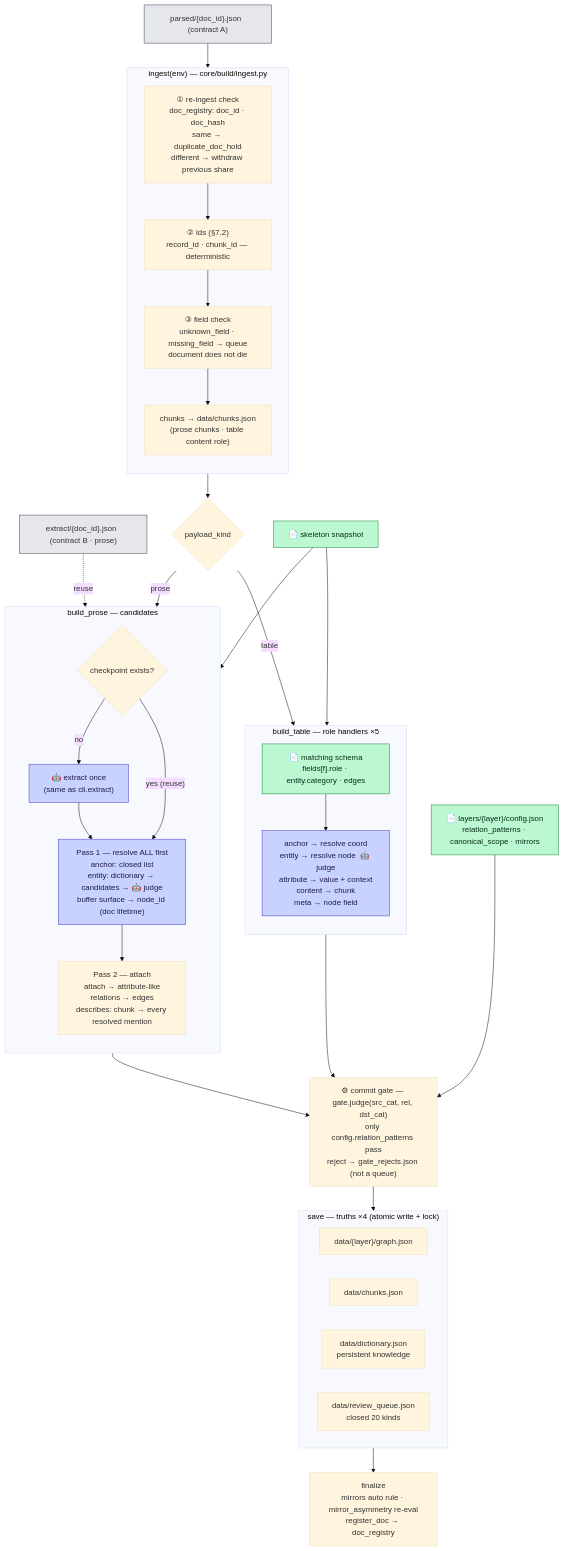
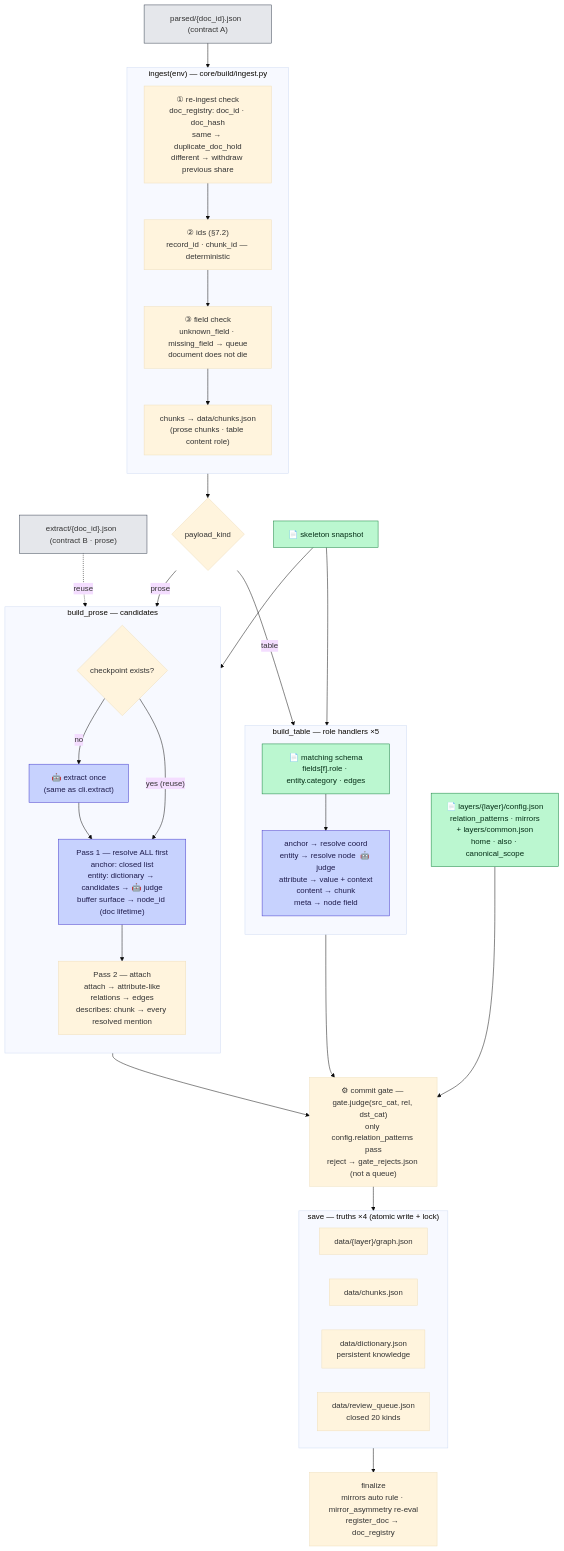
The diagram in docs/구조도/03_구축.md (playjae0/ontology_system), drawn with Mermaid (base theme) before and after one commit. The commit also changed other lines of this file and 59 other files, not shown here.

````diff
--- a/docs/구조도/03_구축.md
+++ b/docs/구조도/03_구축.md
@@ -12,65 +12,65 @@
 ```mermaid
 flowchart TD
   PJ["parsed/{doc_id}.json  (contract A)"]
   EJ["extract/{doc_id}.json  (contract B · prose)"]
 
   subgraph ING["ingest(env) — core/build/ingest.py"]
     direction TB
     RE["① re-ingest check<br/>doc_registry: doc_id · doc_hash<br/>same → duplicate_doc_hold<br/>different → withdraw previous share"]
     ID["② ids (§7.2)<br/>record_id · chunk_id — deterministic"]
     FC["③ field check<br/>unknown_field · missing_field → queue<br/>document does not die"]
     CH["chunks → data/chunks.json<br/>(prose chunks · table content role)"]
     RE --> ID --> FC --> CH
   end
   PJ --> RE
 
   BR{"payload_kind"}
   CH --> BR
 
   subgraph TB["build_table — role handlers ×5"]
     direction TB
     SC["📄 matching schema<br/>fields[f].role · entity.category · edges"]
     HD["anchor → resolve coord<br/>entity → resolve node  🤖 judge<br/>attribute → value + context<br/>content → chunk<br/>meta → node field"]
     SC --> HD
   end
 
   subgraph PB["build_prose — candidates"]
     direction TB
     CK{"checkpoint exists?"}
     EX["🤖 extract once<br/>(same as cli.extract)"]
     P1["Pass 1 — resolve ALL first<br/>anchor: closed list<br/>entity: dictionary → candidates → 🤖 judge<br/>buffer surface → node_id (doc lifetime)"]
     P2["Pass 2 — attach<br/>attach → attribute-like<br/>relations → edges<br/>describes: chunk → every resolved mention"]
     CK -- "no" --> EX --> P1
     CK -- "yes (reuse)" --> P1
     P1 --> P2
   end
   BR -- "table" --> SC
   BR -- "prose" --> CK
   EJ -. "reuse" .-> CK
 
   GT["⚙ commit gate — gate.judge(src_cat, rel, dst_cat)<br/>only config.relation_patterns pass<br/>reject → gate_rejects.json (not a queue)"]
   HD --> GT
   P2 --> GT
 
   subgraph SAVE["save — truths ×4  (atomic write + lock)"]
     direction LR
     G["data/{layer}/graph.json"]
     C["data/chunks.json"]
     D["data/dictionary.json<br/>persistent knowledge"]
     Q["data/review_queue.json<br/>closed 20 kinds"]
   end
   GT --> SAVE
   FIN["finalize<br/>mirrors auto rule · mirror_asymmetry re-eval<br/>register_doc → doc_registry"]
   SAVE --> FIN
 
-  CFG["📄 layers/{layer}/config.json<br/>relation_patterns · canonical_scope · mirrors"] --> GT
+  CFG["📄 layers/{layer}/config.json<br/>relation_patterns · mirrors<br/>+ layers/common.json<br/>home · also · canonical_scope"] --> GT
   SK["📄 skeleton snapshot"] --> P1
   SK --> HD
 
   classDef llm fill:#c7d2fe,stroke:#4338ca,color:#1e1b4b
   classDef asset fill:#bbf7d0,stroke:#15803d,color:#052e16
   classDef file fill:#e5e7eb,stroke:#374151
   class EX,HD,P1 llm
   class SC,CFG,SK asset
   class PJ,EJ file
 ```
````
